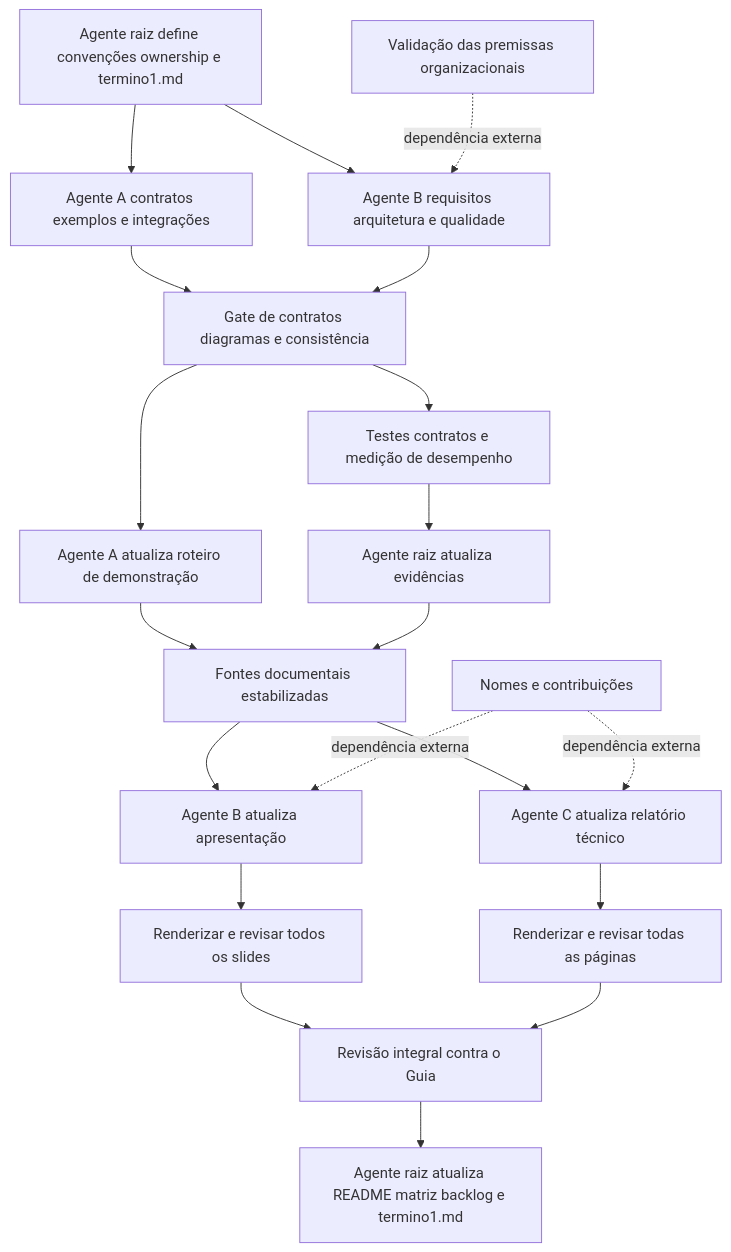
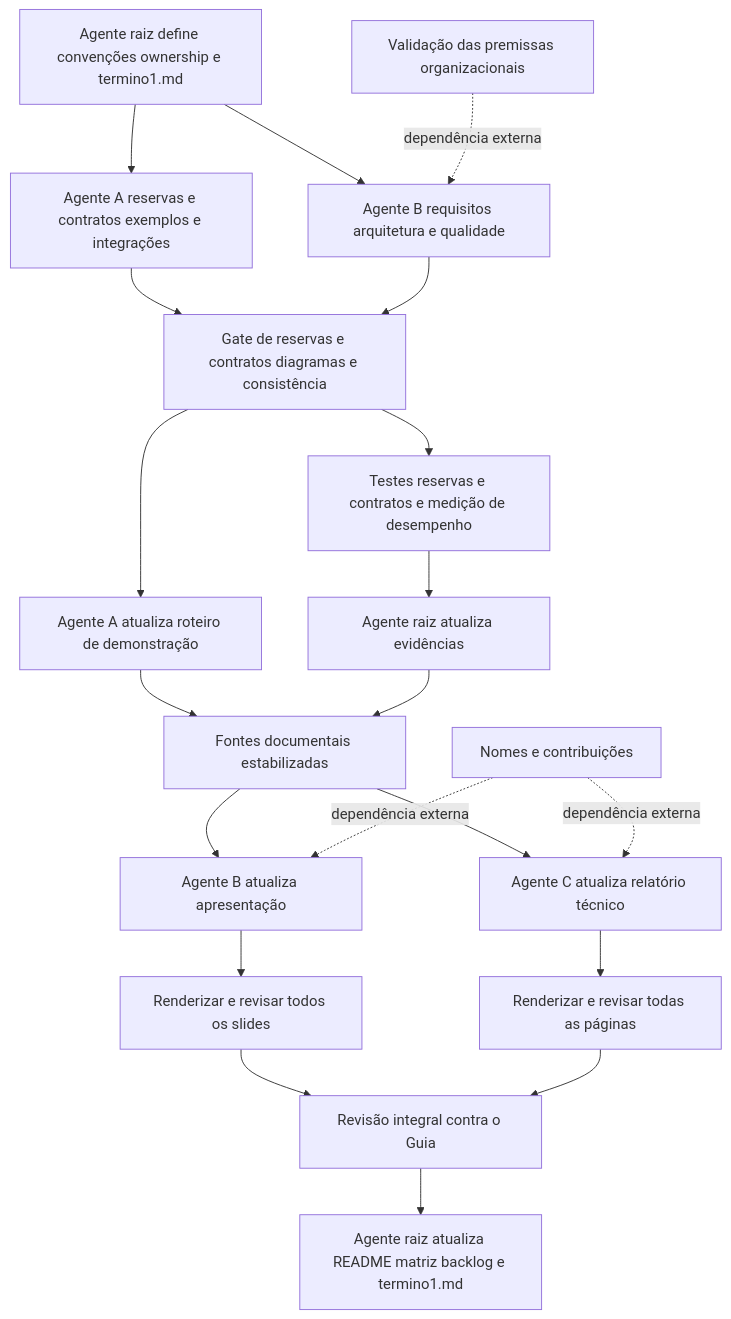
One commit to Roger-Quinelato/projetoAplicado7 changed the diagram in termino1.md. Above: the diagram before and after it, drawn with Mermaid. The commit also changed other lines of this file and 70 other files, not shown here.

````diff
--- a/termino1.md
+++ b/termino1.md
@@ -168,32 +170,32 @@
 ```mermaid
 flowchart TD
     R[Agente raiz define convenções ownership e termino1.md]
 
-    R --> A1[Agente A contratos exemplos e integrações]
+    R --> A1[Agente A reservas e contratos exemplos e integrações]
     R --> B1[Agente B requisitos arquitetura e qualidade]
 
-    A1 --> G1[Gate de contratos diagramas e consistência]
+    A1 --> G1[Gate de reservas e contratos diagramas e consistência]
     B1 --> G1
 
     G1 --> A2[Agente A atualiza roteiro de demonstração]
-    G1 --> T[Testes contratos e medição de desempenho]
+    G1 --> T[Testes reservas e contratos e medição de desempenho]
 
     T --> E[Agente raiz atualiza evidências]
     A2 --> G2[Fontes documentais estabilizadas]
     E --> G2
 
     G2 --> B2[Agente B atualiza apresentação]
     G2 --> C1[Agente C atualiza relatório técnico]
 
     B2 --> VP[Renderizar e revisar todos os slides]
     C1 --> VD[Renderizar e revisar todas as páginas]
 
     VP --> GF[Revisão integral contra o Guia]
     VD --> GF
 
     N[Nomes e contribuições] -. dependência externa .-> B2
     N -. dependência externa .-> C1
     P[Validação das premissas organizacionais] -. dependência externa .-> B1
 
     GF --> F[Agente raiz atualiza README matriz backlog e termino1.md]
 ```
````
